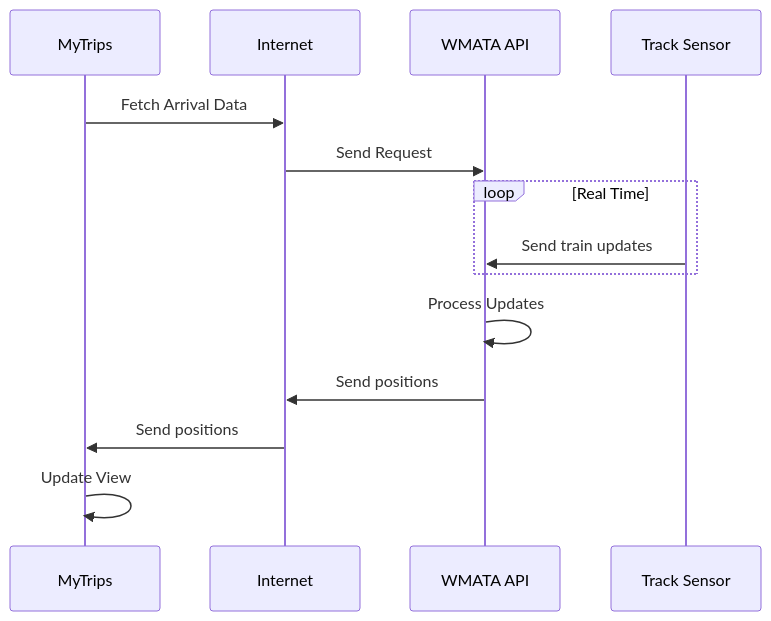
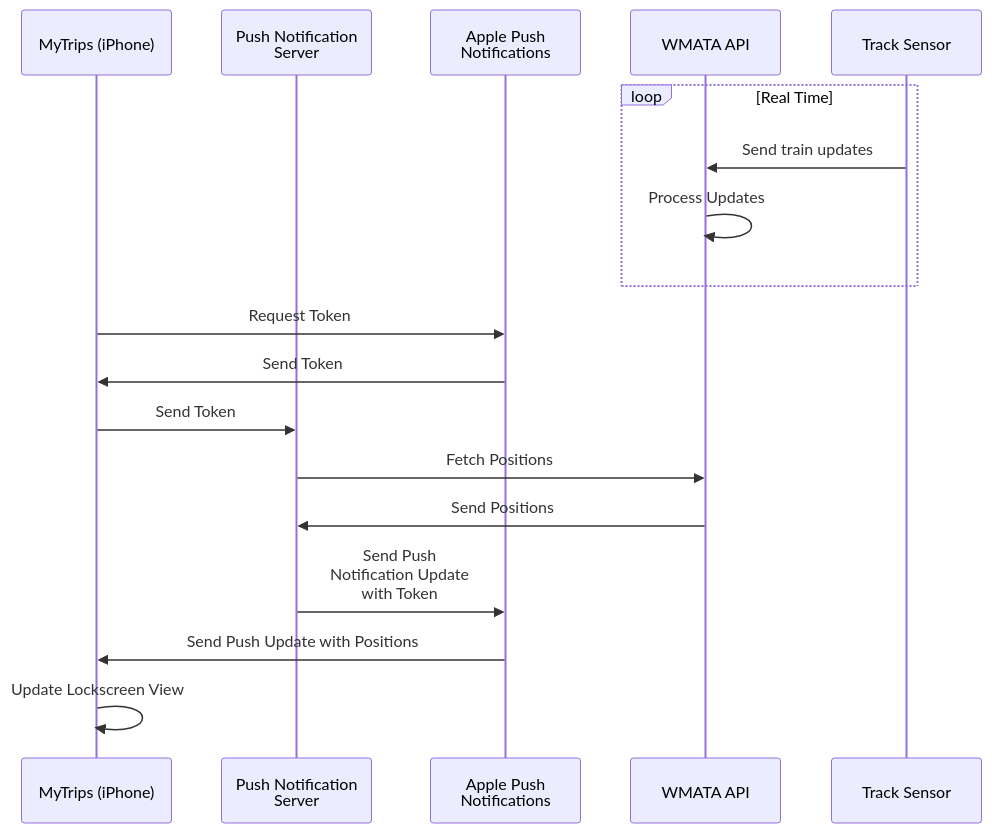
One commit to imccabed/newRepo changed the diagram in techDemo-1.md. Above: the diagram before and after it, drawn with Mermaid.

Commit message:
Created APNS Flow

````diff
--- a/techDemo-1.md
+++ b/techDemo-1.md
@@ -1,24 +1,30 @@
 ```mermaid
 sequenceDiagram
 
-    participant MyTrips
-    participant Internet
+    participant MyTrips as MyTrips (iPhone)
+    participant PNS as Push Notification <br> Server
+    participant APN as Apple Push <br> Notifications
     participant WAPI as WMATA API
     participant TS as Track Sensor
 
-    MyTrips ->> Internet: Fetch Arrival Data
-    Internet ->> WAPI: Send Request
 
     loop Real Time 
     TS ->> WAPI: Send train updates
+    WAPI ->> WAPI: Process Updates
     end
 
-    WAPI ->> WAPI: Process Updates
+    MyTrips ->> APN: Request Token
+    APN ->> MyTrips: Send Token
+    
+    MyTrips ->> PNS: Send Token
+    PNS ->> WAPI: Fetch Positions
+    WAPI ->> PNS: Send Positions
 
-    WAPI ->> Internet: Send positions
-    Internet ->> MyTrips: Send positions
+    PNS ->> APN: Send Push <br> Notification Update <br> with Token
 
-    MyTrips ->> MyTrips: Update View
+    APN ->> MyTrips: Send Push Update with Positions
+
+    MyTrips ->> MyTrips: Update Lockscreen View
 
 
 ```
````
